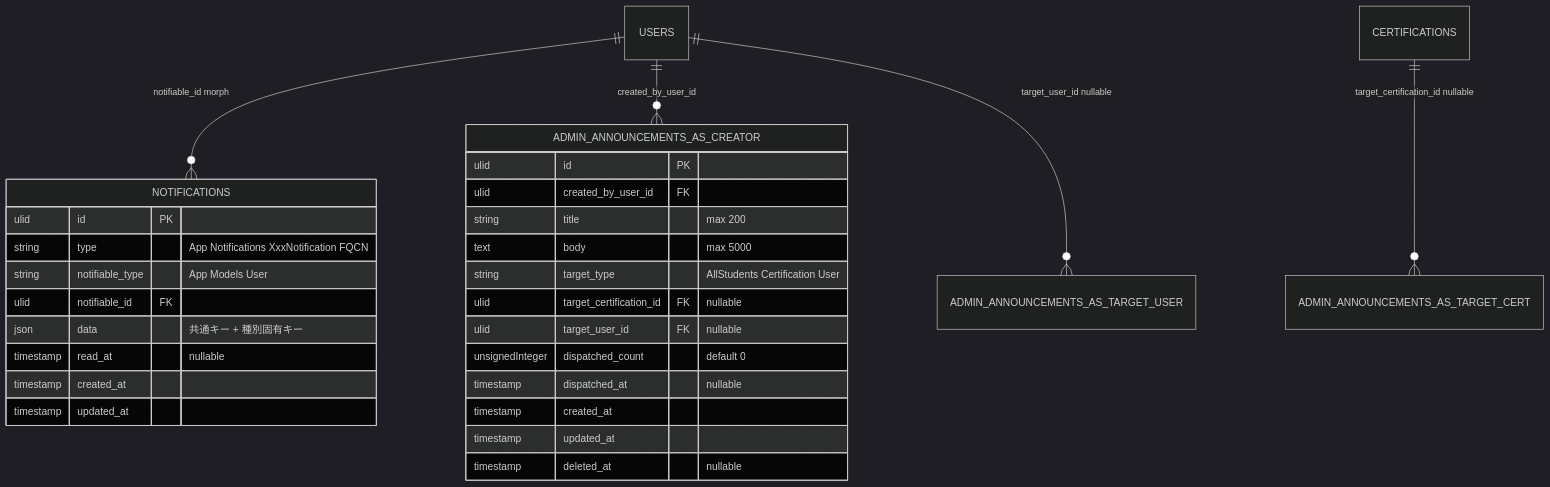
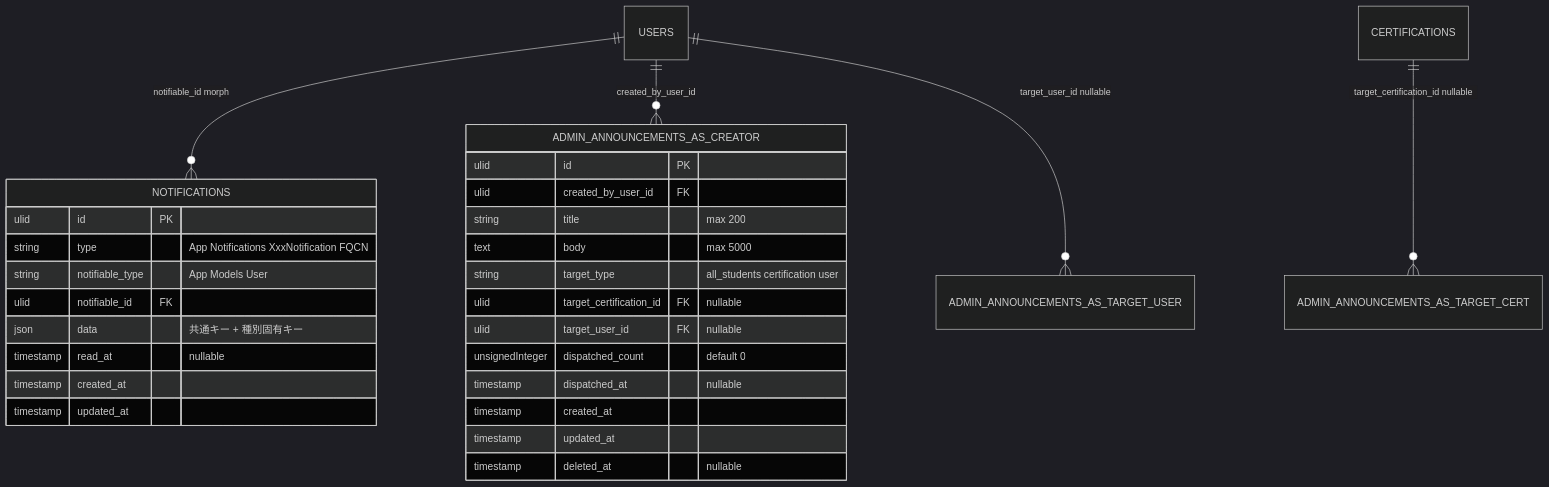
Before and after one commit to coachtech-mockcase-second/ExampleAnswer-mockcase-CertifyLMS: diagram 11 of 12 in docs/specs/notification/design.md, drawn with Mermaid (dark theme). The commit also changed other lines of this file and 17 other files, not shown here.

````diff
--- a/docs/specs/notification/design.md
+++ b/docs/specs/notification/design.md
@@ -289,32 +329,32 @@
 ```mermaid
 erDiagram
     USERS ||--o{ NOTIFICATIONS : "notifiable_id morph"
     USERS ||--o{ ADMIN_ANNOUNCEMENTS_AS_CREATOR : "created_by_user_id"
     USERS ||--o{ ADMIN_ANNOUNCEMENTS_AS_TARGET_USER : "target_user_id nullable"
     CERTIFICATIONS ||--o{ ADMIN_ANNOUNCEMENTS_AS_TARGET_CERT : "target_certification_id nullable"
 
     NOTIFICATIONS {
         ulid id PK
         string type "App Notifications XxxNotification FQCN"
         string notifiable_type "App Models User"
         ulid notifiable_id FK
         json data "共通キー + 種別固有キー"
         timestamp read_at "nullable"
         timestamp created_at
         timestamp updated_at
     }
     ADMIN_ANNOUNCEMENTS_AS_CREATOR {
         ulid id PK
         ulid created_by_user_id FK
         string title "max 200"
         text body "max 5000"
-        string target_type "AllStudents Certification User"
+        string target_type "all_students certification user"
         ulid target_certification_id FK "nullable"
         ulid target_user_id FK "nullable"
         unsignedInteger dispatched_count "default 0"
         timestamp dispatched_at "nullable"
         timestamp created_at
         timestamp updated_at
         timestamp deleted_at "nullable"
     }
 ```
````
